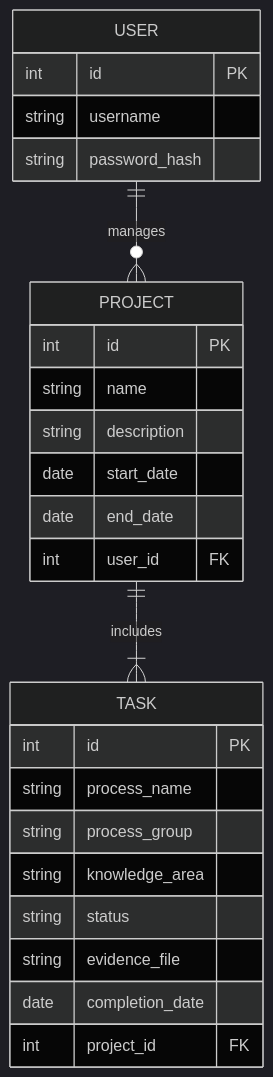
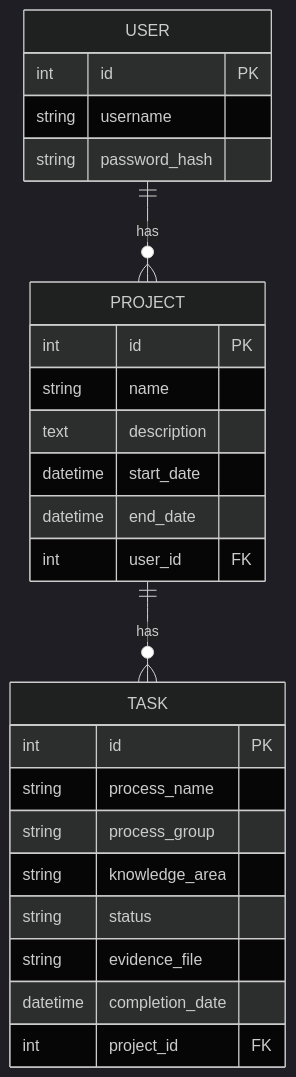
Before and after one commit to Jairodaniel-17/GPTI-TA-2025-I: the second of 2 diagrams in README.md, drawn with Mermaid (dark theme).

Commit message:
completado

````diff
--- a/README.md
+++ b/README.md
@@ -103,31 +103,32 @@
 ```mermaid
 erDiagram
-    USER ||--o{ PROJECT : manages
-    PROJECT ||--|{ TASK : includes
+    USER ||--o{ PROJECT : has
+    PROJECT ||--o{ TASK : has
 
     USER {
         int id PK
         string username
         string password_hash
     }
 
     PROJECT {
         int id PK
         string name
-        string description
-        date start_date
-        date end_date
+        text description
+        datetime start_date
+        datetime end_date
         int user_id FK
     }
 
     TASK {
         int id PK
         string process_name
         string process_group
         string knowledge_area
         string status
         string evidence_file
-        date completion_date
+        datetime completion_date
         int project_id FK
     }
+
 ```
````
